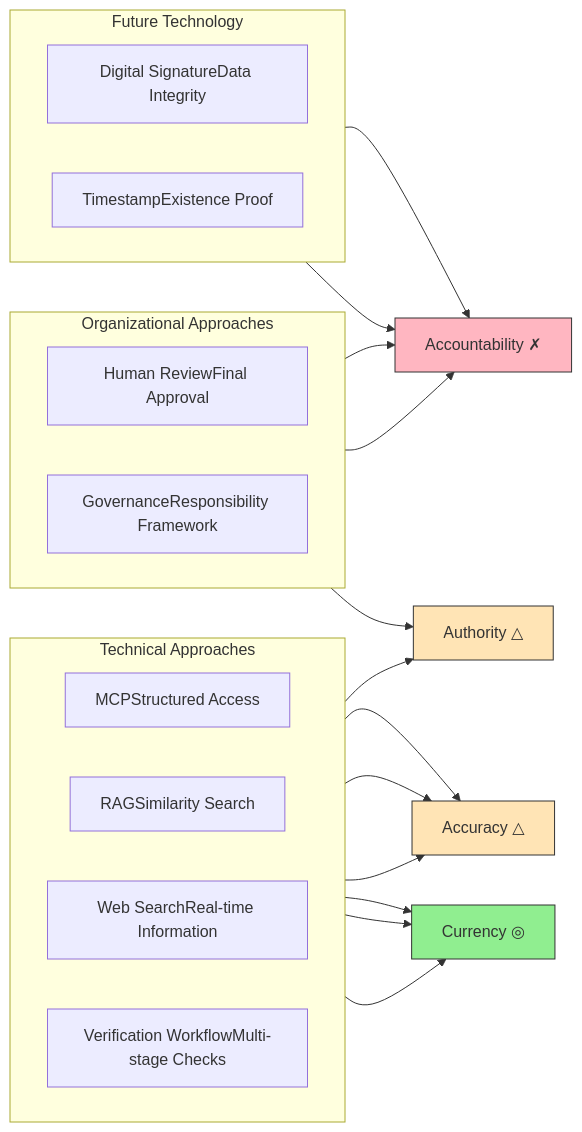
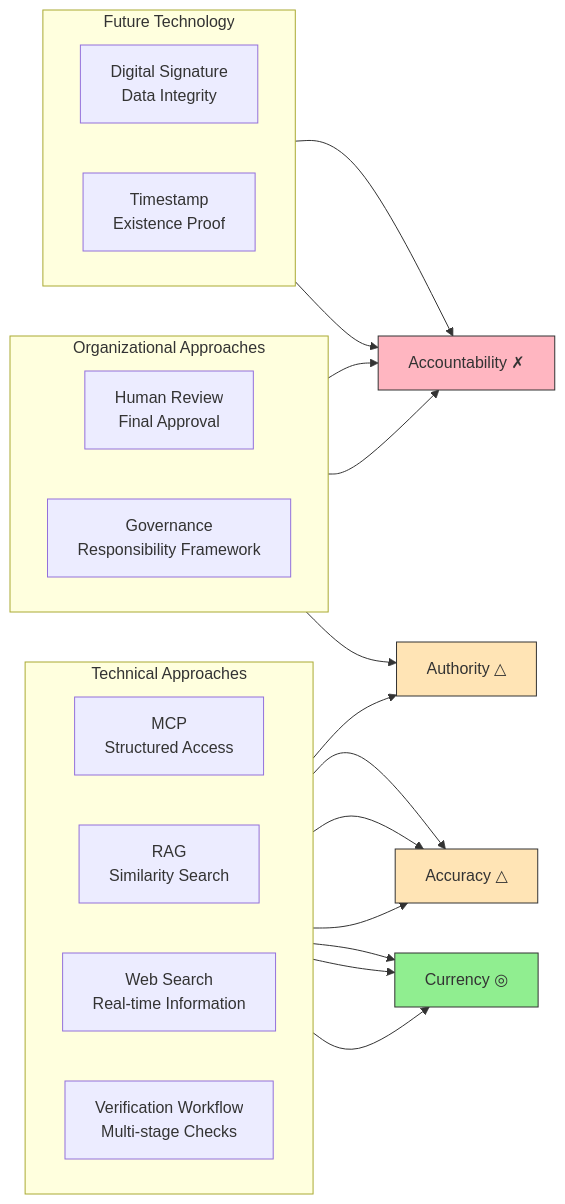
Before and after one commit to shuji-bonji/ai-agent-architecture: the tenth of 10 diagrams in docs/concepts/05-solving-ai-limitations.md, drawn with Mermaid. The commit also changed other lines of this file and 8 other files, not shown here.

````diff
--- a/docs/concepts/05-solving-ai-limitations.md
+++ b/docs/concepts/05-solving-ai-limitations.md
@@ -404,40 +404,40 @@
 ```mermaid
 flowchart LR
     subgraph TECH["Technical Approaches"]
         direction LR
-        MCP_APPROACH["MCP<bn>Structured Access"]
-        RAG_APPROACH["RAG<bn>Similarity Search"]
-        WEBSEARCH["Web Search<bn>Real-time Information"]
-        VALIDATION["Verification Workflow<bn>Multi-stage Checks"]
+        MCP_APPROACH["MCP<br>Structured Access"]
+        RAG_APPROACH["RAG<br>Similarity Search"]
+        WEBSEARCH["Web Search<br>Real-time Information"]
+        VALIDATION["Verification Workflow<br>Multi-stage Checks"]
     end
 
     subgraph ORG["Organizational Approaches"]
         direction LR
-        REVIEW["Human Review<bn>Final Approval"]
-        GOVERNANCE["Governance<bn>Responsibility Framework"]
+        REVIEW["Human Review<br>Final Approval"]
+        GOVERNANCE["Governance<br>Responsibility Framework"]
     end
 
     subgraph FUTURE_TECH["Future Technology"]
         direction LR
-        SIGNATURE["Digital Signature<bn>Data Integrity"]
-        TIMESTAMP["Timestamp<bn>Existence Proof"]
+        SIGNATURE["Digital Signature<br>Data Integrity"]
+        TIMESTAMP["Timestamp<br>Existence Proof"]
     end
 
     MCP_APPROACH --> ACCURACY["Accuracy △"]
     MCP_APPROACH --> CURRENCY["Currency ◎"]
     MCP_APPROACH --> AUTHORITY["Authority △"]
     RAG_APPROACH --> CURRENCY
     RAG_APPROACH --> ACCURACY
     WEBSEARCH --> CURRENCY
     VALIDATION --> ACCURACY
     REVIEW --> AUTHORITY
     REVIEW --> ACCOUNTABILITY["Accountability ✗"]
     GOVERNANCE --> ACCOUNTABILITY
     SIGNATURE --> ACCOUNTABILITY
     TIMESTAMP --> ACCOUNTABILITY
 
     style CURRENCY fill:#90EE90,color:#333,stroke:#333
     style ACCURACY fill:#FFE4B5,color:#333,stroke:#333
     style AUTHORITY fill:#FFE4B5,color:#333,stroke:#333
     style ACCOUNTABILITY fill:#FFB6C1,color:#333,stroke:#333
 ```
````
